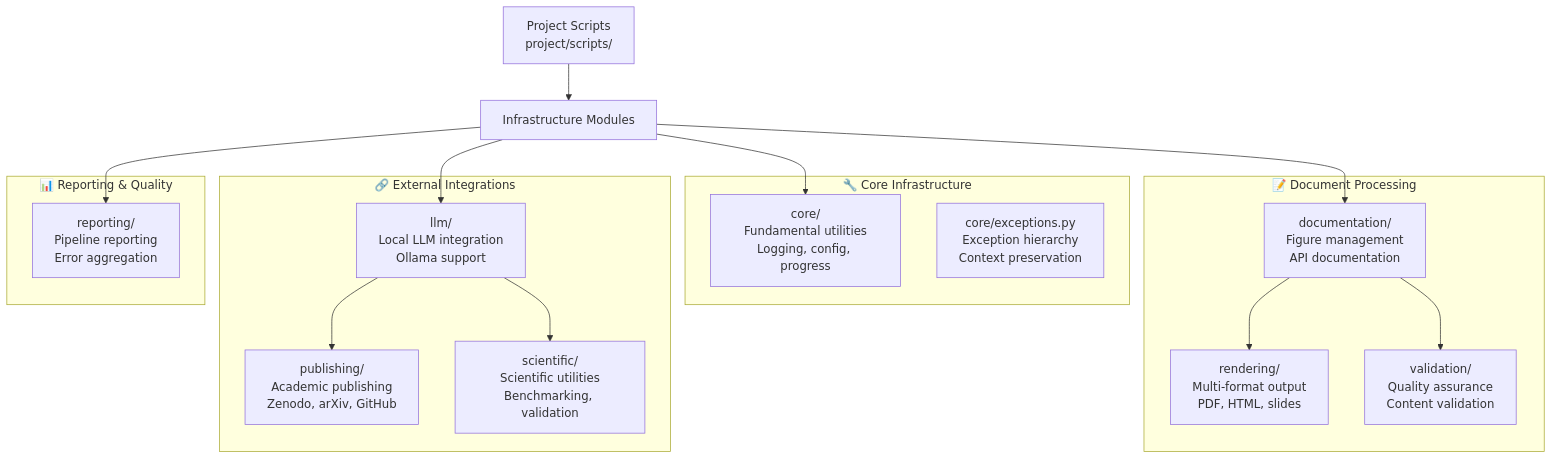
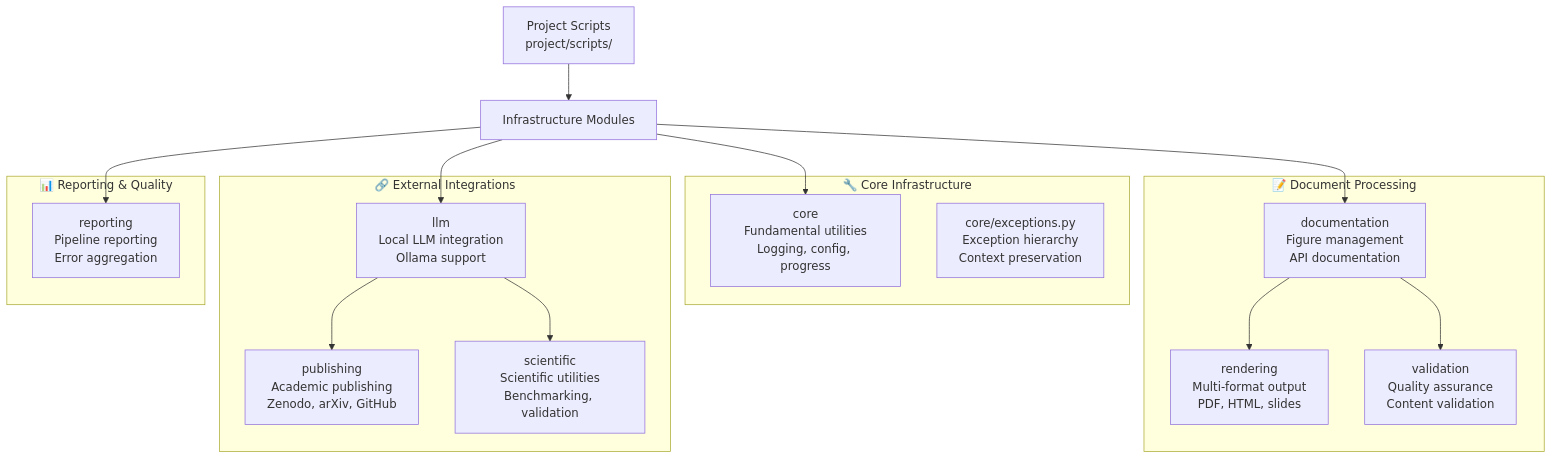
Before and after one commit to docxology/template: the first of 6 diagrams in infrastructure/README.md, drawn with Mermaid. The commit also changed other lines of this file and 164 other files, not shown here.

````diff
--- a/infrastructure/README.md
+++ b/infrastructure/README.md
@@ -36,43 +36,43 @@
 ```mermaid
 graph TD
     subgraph "🔧 Core Infrastructure"
-        CORE[core/<br/>Fundamental utilities<br/>Logging, config, progress]
+        CORE[core<br/>Fundamental utilities<br/>Logging, config, progress]
         EXCEPTIONS[core/exceptions.py<br/>Exception hierarchy<br/>Context preservation]
     end
 
     subgraph "📝 Document Processing"
-        DOC[documentation/<br/>Figure management<br/>API documentation]
-        RENDER[rendering/<br/>Multi-format output<br/>PDF, HTML, slides]
-        VALIDATION[validation/<br/>Quality assurance<br/>Content validation]
+        DOC[documentation<br/>Figure management<br/>API documentation]
+        RENDER[rendering<br/>Multi-format output<br/>PDF, HTML, slides]
+        VALIDATION[validation<br/>Quality assurance<br/>Content validation]
     end
 
     subgraph "🔗 External Integrations"
-        LLM[llm/<br/>Local LLM integration<br/>Ollama support]
-        PUBLISHING[publishing/<br/>Academic publishing<br/>Zenodo, arXiv, GitHub]
-        SCIENTIFIC[scientific/<br/>Scientific utilities<br/>Benchmarking, validation]
+        LLM[llm<br/>Local LLM integration<br/>Ollama support]
+        PUBLISHING[publishing<br/>Academic publishing<br/>Zenodo, arXiv, GitHub]
+        SCIENTIFIC[scientific<br/>Scientific utilities<br/>Benchmarking, validation]
     end
 
     subgraph "📊 Reporting & Quality"
-        REPORTING[reporting/<br/>Pipeline reporting<br/>Error aggregation]
+        REPORTING[reporting<br/>Pipeline reporting<br/>Error aggregation]
     end
 
     PROJECT_SCRIPTS[Project Scripts<br/>project/scripts/]
     INFRASTRUCTURE[Infrastructure Modules]
 
     PROJECT_SCRIPTS --> INFRASTRUCTURE
     INFRASTRUCTURE --> CORE
     INFRASTRUCTURE --> DOC
     INFRASTRUCTURE --> LLM
     INFRASTRUCTURE --> REPORTING
 
     DOC --> RENDER
     DOC --> VALIDATION
 
     LLM --> PUBLISHING
     LLM --> SCIENTIFIC
 
     class CORE,EXCEPTIONS core
     class DOC,RENDER,VALIDATION doc
     class LLM,PUBLISHING,SCIENTIFIC integration
     class REPORTING build
 ```
````
